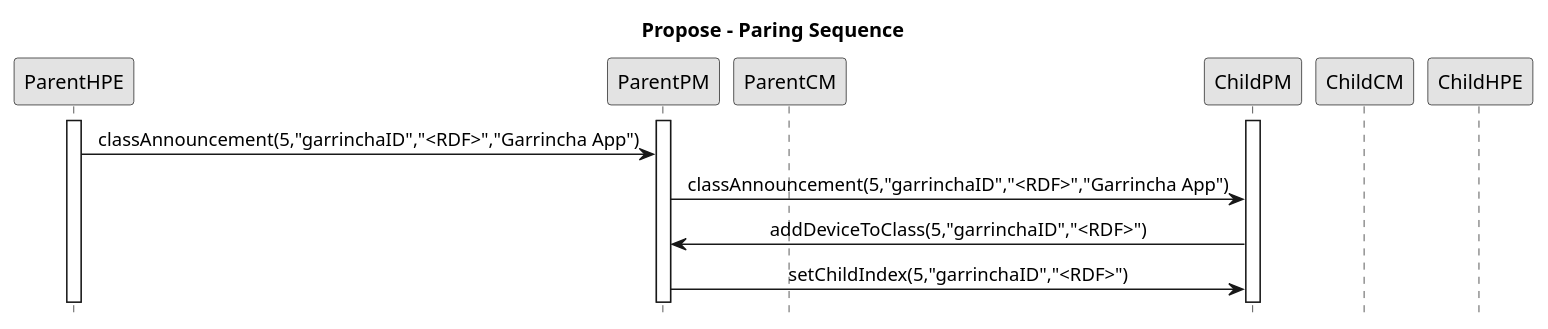
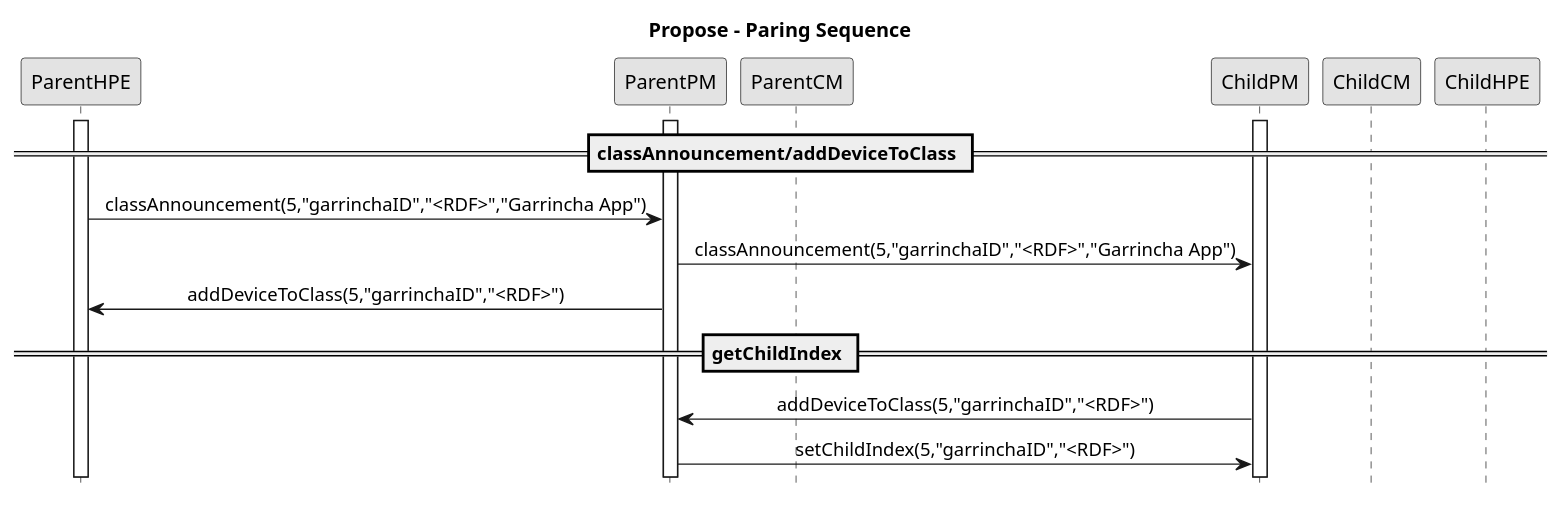
The diagram in sequence1proposal.plantuml (alanlivio/fsmda), drawn with PlantUML before and after one commit. The commit also changed other lines of this file and 7 other files, not shown here.

```diff
--- a/sequence1proposal.plantuml
+++ b/sequence1proposal.plantuml
@@ -2,23 +2,26 @@
 @startuml
 hide footbox
 skinparam monochrome true
 skinparam sequenceMessageAlign center
 
 participant ParentHPE
 participant ParentPM
 participant ParentCM
 participant ChildPM
 participant ChildCM
 participant ChildHPE
-'====================Propose -  Paring and handling classes variables Sequence====================
+'''''''''''''''''Propose -  Paring and handling classes variables Sequence''''''''''''''''
 title Propose - Paring Sequence
 activate ParentHPE
 activate ParentPM
 activate ChildPM
+== classAnnouncement/addDeviceToClass ==
 ParentHPE->ParentPM: classAnnouncement(5,"garrinchaID","<RDF>","Garrincha App")
 ParentPM->ChildPM: classAnnouncement(5,"garrinchaID","<RDF>","Garrincha App")
+ParentPM->ParentHPE: addDeviceToClass(5,"garrinchaID","<RDF>")
+== getChildIndex ==
 ChildPM->ParentPM: addDeviceToClass(5,"garrinchaID","<RDF>")
 ParentPM->ChildPM: setChildIndex(5,"garrinchaID","<RDF>")
 
-'====================Ending PLANTUML params====================
+'''''''''''''''''Ending PLANTUML params''''''''''''''''
 @enduml
```
